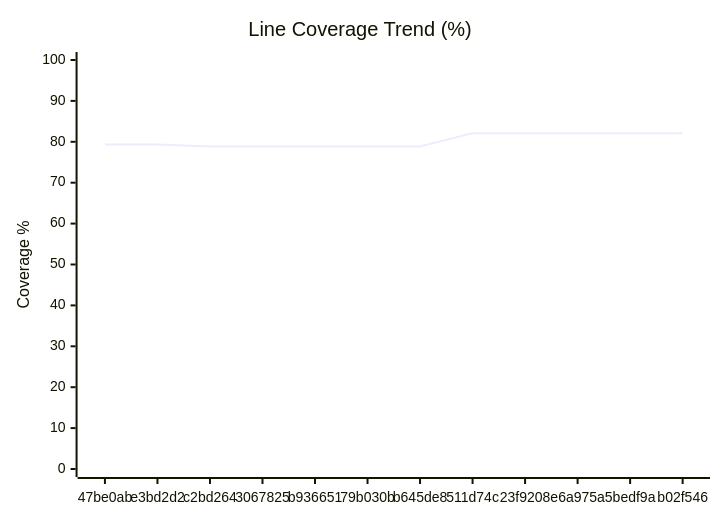
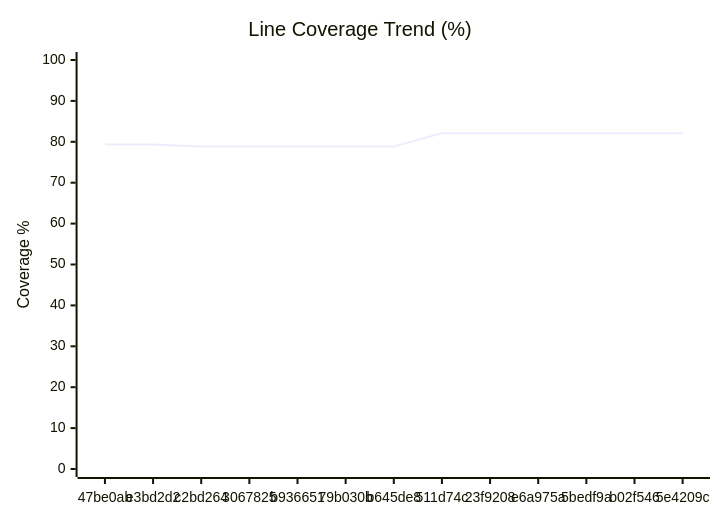
The diagram in COVERAGE.md (googlemaps/android-maps-testing), drawn with Mermaid before and after one commit. The commit also changed other lines of this file and 2 other files, not shown here.

Commit message:
chore: record unit coverage

````diff
--- a/COVERAGE.md
+++ b/COVERAGE.md
@@ -52,7 +52,7 @@
 ```mermaid
 xychart-beta
     title "Line Coverage Trend (%)"
-    x-axis ["47be0ab", "e3bd2d2", "c2bd264", "3067825", "b936651", "79b030b", "b645de8", "511d74c", "23f9208", "e6a975a", "5bedf9a", "b02f546"]
+    x-axis ["47be0ab", "e3bd2d2", "c2bd264", "3067825", "b936651", "79b030b", "b645de8", "511d74c", "23f9208", "e6a975a", "5bedf9a", "b02f546", "5e4209c"]
     y-axis "Coverage %" 0 --> 100
-    line [79.34, 79.34, 78.88, 78.88, 78.88, 78.88, 78.88, 82.12, 82.12, 82.12, 82.12, 82.12]
+    line [79.34, 79.34, 78.88, 78.88, 78.88, 78.88, 78.88, 82.12, 82.12, 82.12, 82.12, 82.12, 82.12]
 ```
````
